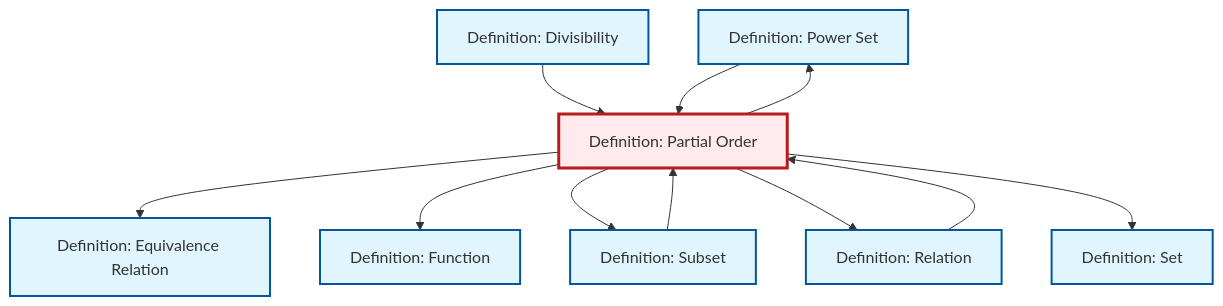
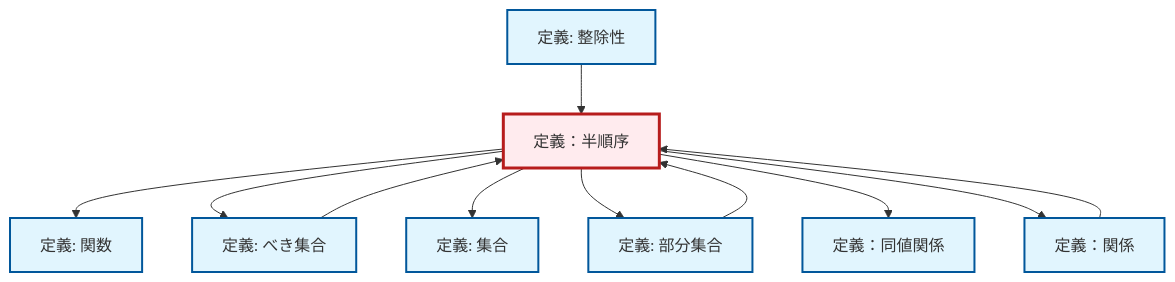
One commit to RK0429/ModernMath changed the diagram in content/ja/logic-set-theory/def-partial-order.qmd. Above: the diagram before and after it, drawn with Mermaid. The commit also changed 1069 other files, not shown here.

````diff
--- a/content/ja/logic-set-theory/def-partial-order.qmd
+++ b/content/ja/logic-set-theory/def-partial-order.qmd
@@ -157,35 +157,35 @@
 ```{mermaid}
 %%| fig-cap: "Local dependency graph"
 graph TD
     classDef definition fill:#e1f5fe,stroke:#01579b,stroke-width:2px
     classDef theorem fill:#f3e5f5,stroke:#4a148c,stroke-width:2px
     classDef axiom fill:#fff3e0,stroke:#e65100,stroke-width:2px
     classDef example fill:#e8f5e9,stroke:#1b5e20,stroke-width:2px
     classDef current fill:#ffebee,stroke:#b71c1c,stroke-width:3px
-    def-set["Definition: Set"]:::definition
-    def-power-set["Definition: Power Set"]:::definition
-    def-divisibility["Definition: Divisibility"]:::definition
-    def-equivalence-relation["Definition: Equivalence Relation"]:::definition
-    def-subset["Definition: Subset"]:::definition
-    def-relation["Definition: Relation"]:::definition
-    def-function["Definition: Function"]:::definition
-    def-partial-order["Definition: Partial Order"]:::definition
-    def-partial-order --> def-equivalence-relation
+    def-divisibility["定義: 整除性"]:::definition
+    def-set["定義: 集合"]:::definition
+    def-relation["定義：関係"]:::definition
+    def-function["定義: 関数"]:::definition
+    def-partial-order["定義：半順序"]:::definition
+    def-power-set["定義: べき集合"]:::definition
+    def-subset["定義: 部分集合"]:::definition
+    def-equivalence-relation["定義：同値関係"]:::definition
+    def-subset --> def-partial-order
     def-divisibility --> def-partial-order
+    def-partial-order --> def-function
     def-partial-order --> def-power-set
-    def-partial-order --> def-function
-    def-power-set --> def-partial-order
+    def-partial-order --> def-set
     def-relation --> def-partial-order
     def-partial-order --> def-subset
-    def-subset --> def-partial-order
+    def-power-set --> def-partial-order
+    def-partial-order --> def-equivalence-relation
     def-partial-order --> def-relation
-    def-partial-order --> def-set
     class def-partial-order current
-    click def-set "def-set.html" "Definition: Setへ"
-    click def-power-set "def-power-set.html" "Definition: Power Setへ"
-    click def-divisibility "def-divisibility.html" "Definition: Divisibilityへ"
-    click def-equivalence-relation "def-equivalence-relation.html" "Definition: Equivalence Relationへ"
-    click def-subset "def-subset.html" "Definition: Subsetへ"
-    click def-relation "def-relation.html" "Definition: Relationへ"
-    click def-function "def-function.html" "Definition: Functionへ"
+    click def-divisibility "def-divisibility.html" "整除性の定義へ"
+    click def-set "def-set.html" "集合の定義へ"
+    click def-relation "def-relation.html" "定義：関係へ"
+    click def-function "def-function.html" "関数の定義へ"
+    click def-power-set "def-power-set.html" "べき集合の定義へ"
+    click def-subset "def-subset.html" "部分集合の定義へ"
+    click def-equivalence-relation "def-equivalence-relation.html" "定義：同値関係へ"
 ```
````
